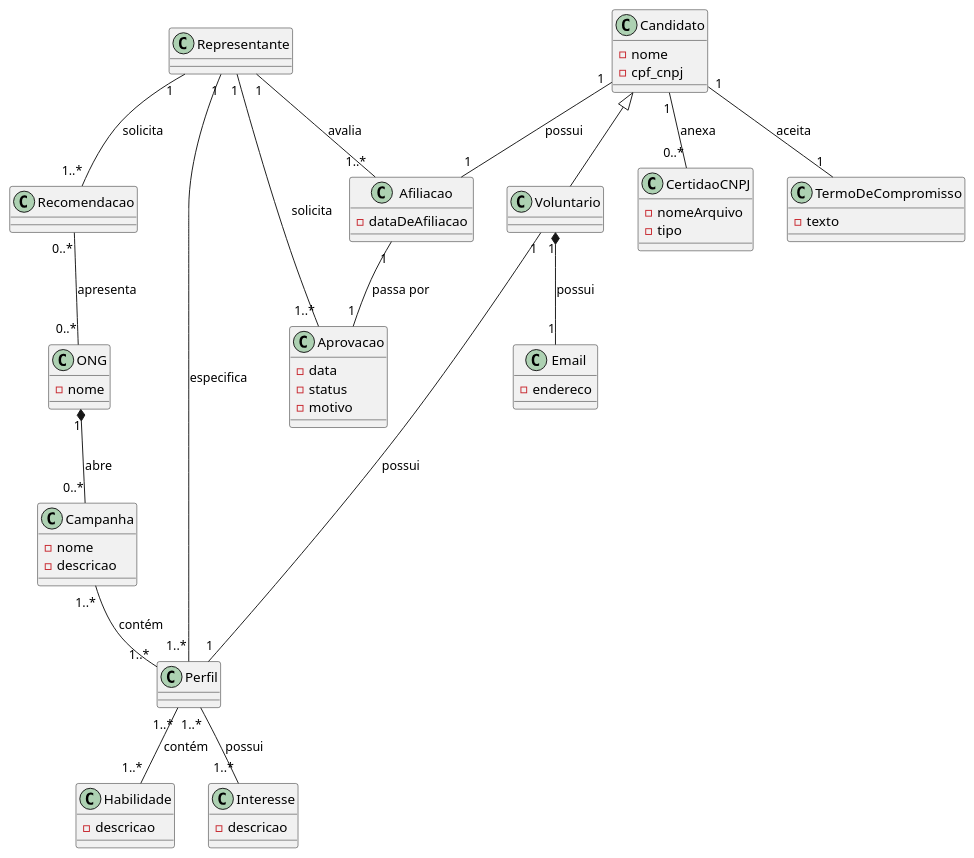
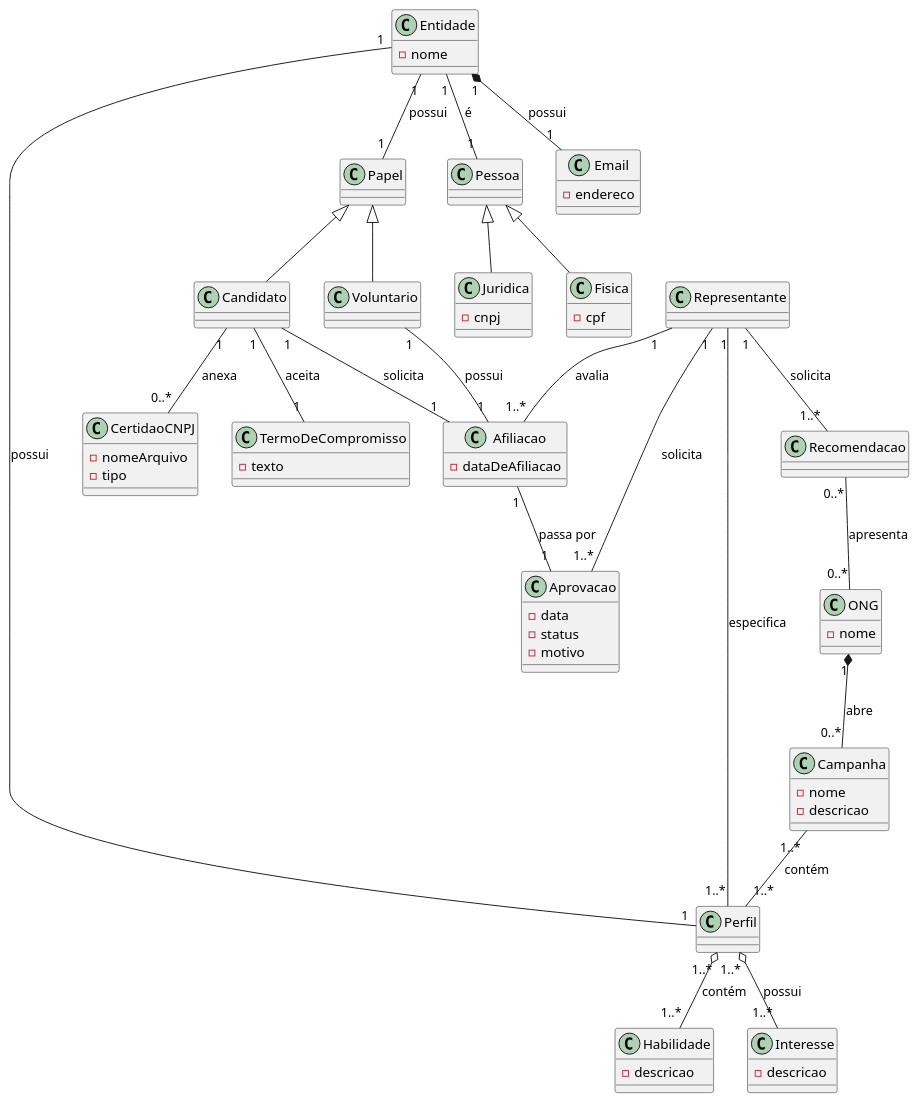
Before and after one commit to guisgiacomini/redeMaisSocialProjetoSoftware: the diagram in diagrama-de-classes-dominio/img/uc/diagrama-de-classes-dominio.puml, drawn with PlantUML. The commit also changed 1 other file, not shown here.

```diff
--- a/diagrama-de-classes-dominio/img/uc/diagrama-de-classes-dominio.puml
+++ b/diagrama-de-classes-dominio/img/uc/diagrama-de-classes-dominio.puml
@@ -1,85 +1,104 @@
 @startuml
-class Candidato {
-    -nome
-    -cpf_cnpj
+
+class Entidade {
+  -nome
+}
+
+class Papel 
+
+class Pessoa
+
+class Fisica extends Pessoa {
+  -cpf
+}
+
+class Juridica extends Pessoa{
+  -cnpj
+}
+
+class Candidato extends Papel{
 }
 
 class ONG { 
     -nome
 }
 
-class Voluntario extends Candidato {
+class Voluntario extends Papel{
 
 }
 
 class Campanha {
     -nome
     -descricao
 }
 
 class Afiliacao {
     -dataDeAfiliacao
 }
 
 class Perfil {
 
 }
 
 class Habilidade {
     -descricao
 }
 
 class Interesse {
     -descricao
 }
 
 class Representante {
     
 }
 
 class Email {
     -endereco
 }
 
 class Recomendacao {
 
 }
 
 class Aprovacao {
     -data
     -status
     -motivo
 }
 
 class CertidaoCNPJ {
     -nomeArquivo
     -tipo
 }
 
 class TermoDeCompromisso {
     -texto
 }
 
-Perfil "1..*" -- "1..*" Habilidade: contém
-Perfil "1..*" -- "1..*" Interesse: possui
+Perfil "1..*" o-- "1..*" Habilidade: contém
+Perfil "1..*" o-- "1..*" Interesse: possui
 
-Candidato "1" -- "1" Afiliacao: possui
+Entidade "1" -- "1" Papel: possui
+Entidade "1" -- "1" Pessoa: é
+Candidato "1" -- "1" Afiliacao: solicita
 Candidato "1" -- "0..*" CertidaoCNPJ: anexa
 Candidato "1" -- "1" TermoDeCompromisso: aceita
 
-Voluntario "1" -- "1" Perfil: possui
-Voluntario "1" *-- "1" Email: possui
+Entidade "1" -- "1" Perfil: possui
+Entidade "1" *-- "1" Email: possui
 
 ONG "1" *-- "0..*" Campanha: abre
 Campanha "1..*" -- "1..*" Perfil: contém
 
 Representante "1" -- "1..*" Afiliacao: avalia
 Representante "1" -- "1..*" Aprovacao: solicita
 Representante "1" -- "1..*" Perfil: especifica
 Representante "1" -- "1..*" Recomendacao: solicita
 
 Recomendacao "0..*" -- "0..*" ONG: apresenta
 
 Afiliacao "1" -- "1" Aprovacao : "passa por"
 
+Voluntario "1" -- "1" Afiliacao: "possui"
+
 @enduml
```
